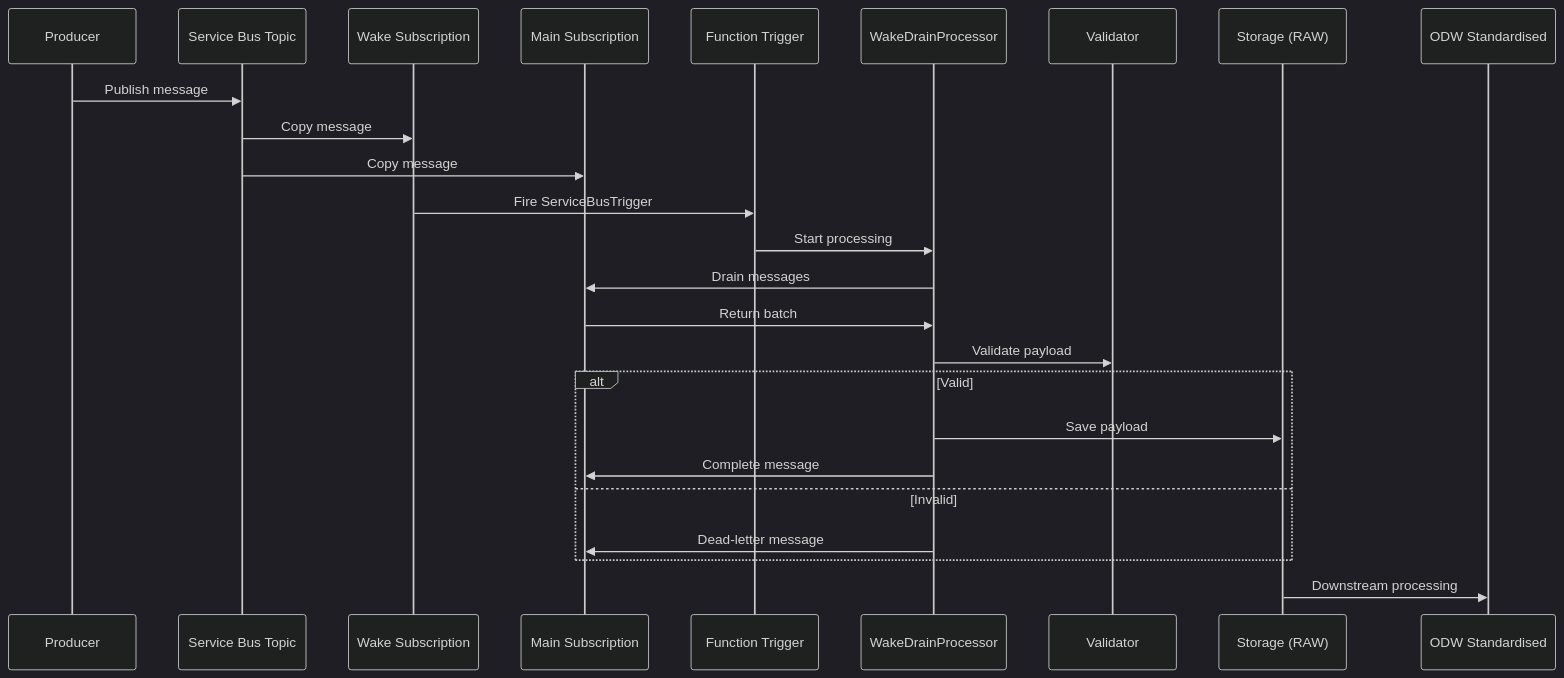
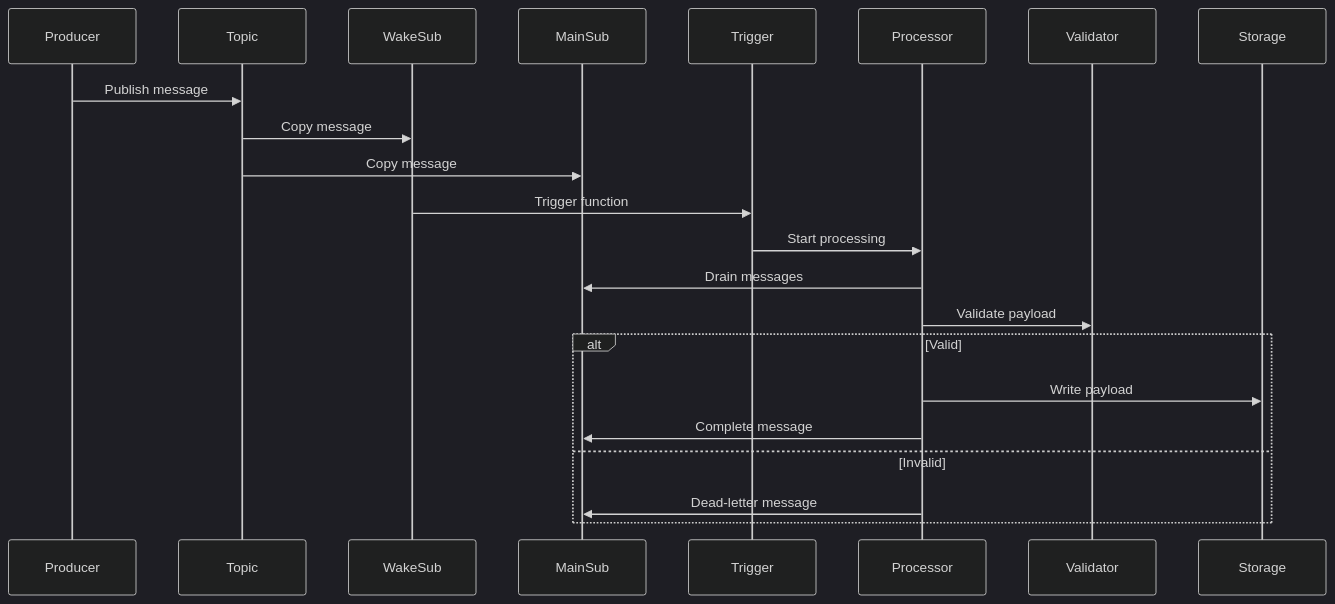
The second of 2 diagrams in docs/architecture/servicebus-functionapps.md (Planning-Inspectorate/odw-synapse-workspace), drawn with Mermaid (dark theme) before and after one commit. The commit also changed other lines of this file, not shown here.

````diff
--- a/docs/architecture/servicebus-functionapps.md
+++ b/docs/architecture/servicebus-functionapps.md
@@ -175,30 +177,26 @@
 ```mermaid
 sequenceDiagram
     participant Producer
-    participant Topic as Service Bus Topic
-    participant WakeSub as Wake Subscription
-    participant MainSub as Main Subscription
-    participant Trigger as Function Trigger
-    participant Processor as WakeDrainProcessor
+    participant Topic
+    participant WakeSub
+    participant MainSub
+    participant Trigger
+    participant Processor
     participant Validator
-    participant Storage as Storage (RAW)
-    participant Standardised as ODW Standardised
+    participant Storage
 
     Producer->>Topic: Publish message
     Topic->>WakeSub: Copy message
     Topic->>MainSub: Copy message
-    WakeSub->>Trigger: Fire ServiceBusTrigger
+    WakeSub->>Trigger: Trigger function
     Trigger->>Processor: Start processing
     Processor->>MainSub: Drain messages
-    MainSub->>Processor: Return batch
     Processor->>Validator: Validate payload
 
     alt Valid
-        Processor->>Storage: Save payload
+        Processor->>Storage: Write payload
         Processor->>MainSub: Complete message
     else Invalid
         Processor->>MainSub: Dead-letter message
     end
-
-    Storage->>Standardised: Downstream processing
 ```
````
